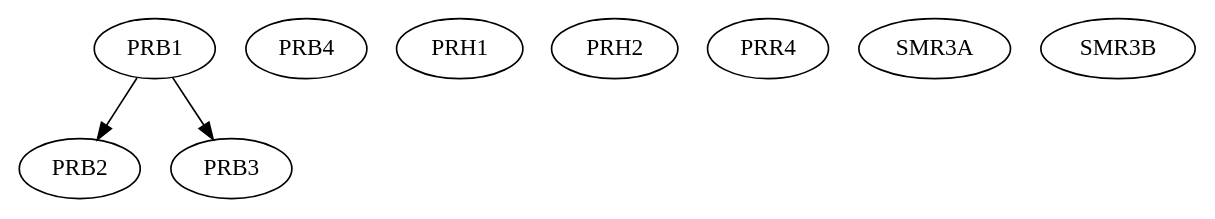
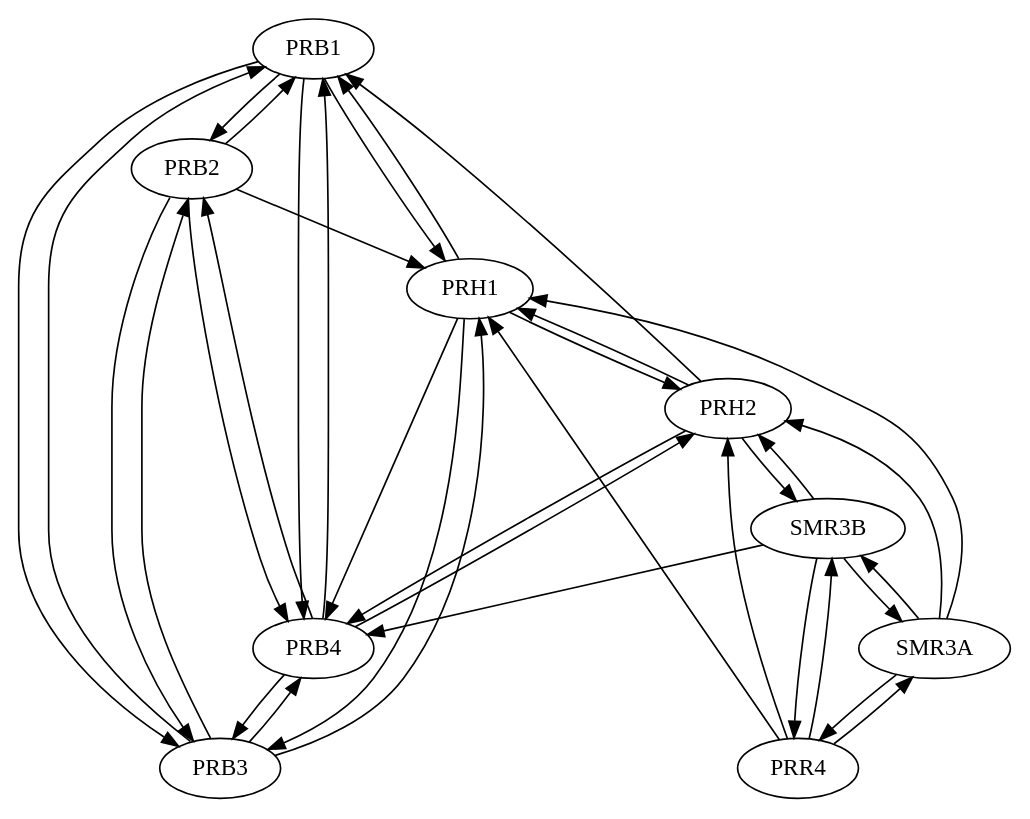
Before and after one commit to leonfrench/map-of-proteins-data: the diagram in v6/graphs/125.graph.dot, drawn with Graphviz.

Commit message:
Reverting back

```diff
--- a/v6/graphs/125.graph.dot
+++ b/v6/graphs/125.graph.dot
@@ -1,13 +1,47 @@
 digraph G {
 "PRB1" -> "PRB2";
 "PRB1" -> "PRB3";
-"PRB1" ["l"="23.294493,2.005052"];
-"PRB2" ["l"="23.361536,2.259923"];
-"PRB3" ["l"="23.452602,2.212569"];
+"PRB1" -> "PRB4";
+"PRB1" -> "PRH1";
+"PRB2" -> "PRB1";
+"PRB2" -> "PRB3";
+"PRB2" -> "PRB4";
+"PRB2" -> "PRH1";
+"PRB3" -> "PRB4";
+"PRB3" -> "PRB1";
+"PRB3" -> "PRB2";
+"PRB3" -> "PRH1";
+"PRB4" -> "PRB3";
+"PRB4" -> "PRB1";
+"PRB4" -> "PRB2";
+"PRB4" -> "PRH2";
+"PRH1" -> "PRB3";
+"PRH1" -> "PRB4";
+"PRH1" -> "PRH2";
+"PRH1" -> "PRB1";
+"PRH2" -> "PRB4";
+"PRH2" -> "PRH1";
+"PRH2" -> "SMR3B";
+"PRH2" -> "PRB1";
+"PRR4" -> "PRH2";
+"PRR4" -> "PRH1";
+"PRR4" -> "SMR3B";
+"PRR4" -> "SMR3A";
+"SMR3A" -> "SMR3B";
+"SMR3A" -> "PRR4";
+"SMR3A" -> "PRH2";
+"SMR3A" -> "PRH1";
+"SMR3B" -> "SMR3A";
+"SMR3B" -> "PRH2";
+"SMR3B" -> "PRR4";
+"SMR3B" -> "PRB4";
+"PRB1" ["l"="2.005052,23.294493"];
+"PRB2" ["l"="2.259923,23.361536"];
+"PRB3" ["l"="2.212569,23.452602"];
 "PRB4" ["l"="2.331008,23.560740"];
 "PRH1" ["l"="2.097123,23.516792"];
 "PRH2" ["l"="2.410113,23.382036"];
 "PRR4" ["l"="2.456096,23.247524"];
 "SMR3A" ["l"="2.838786,23.274696"];
 "SMR3B" ["l"="2.963940,23.255951"];
 }
```
